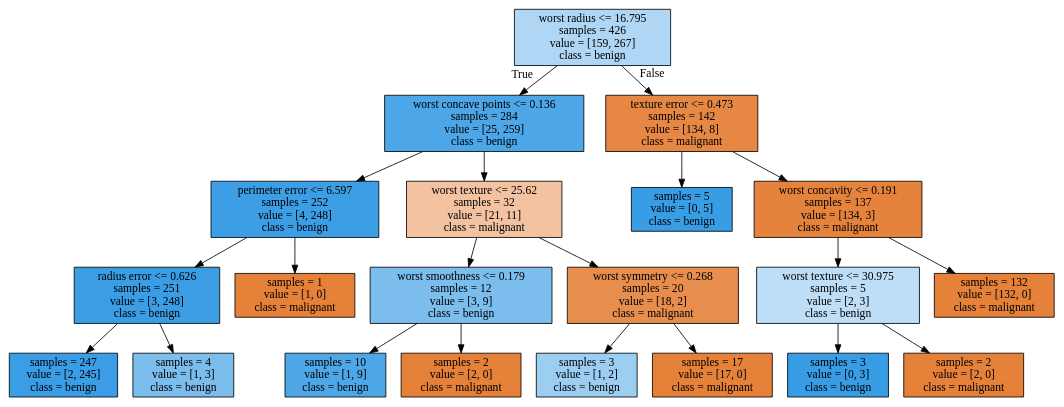
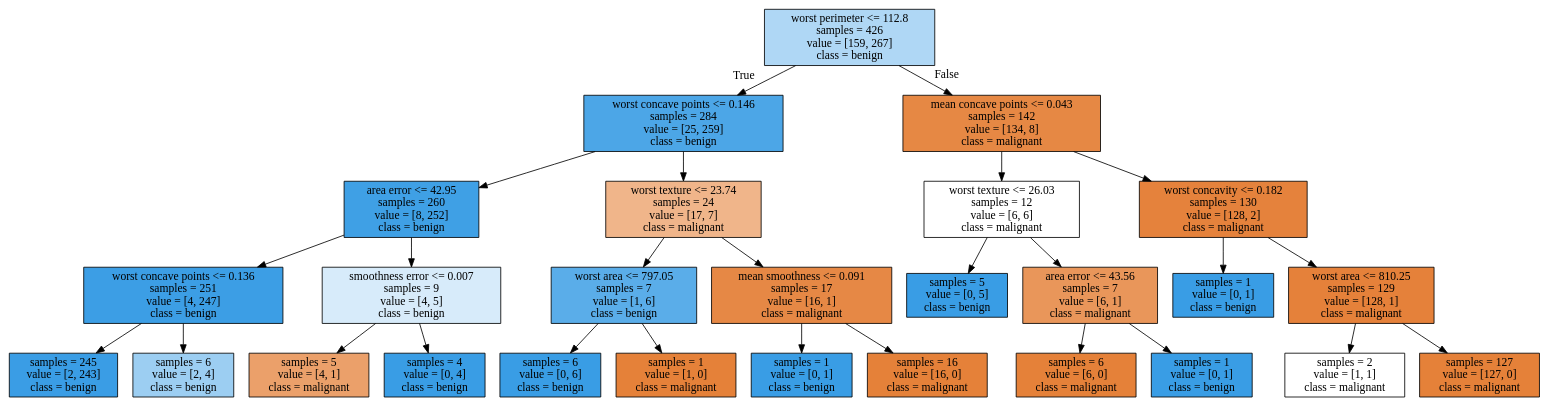
The diagram in Day 12/mytree.dot (sid1908/python-tutorials), drawn with Graphviz before and after one commit. The commit also changed 1 other file, not shown here.

```diff
--- a/Day 12/mytree.dot
+++ b/Day 12/mytree.dot
@@ -1,44 +1,56 @@
 digraph Tree {
 node [shape=box, style="filled", color="black"] ;
-0 [label="worst radius <= 16.795\nsamples = 426\nvalue = [159, 267]\nclass = benign", fillcolor="#399de567"] ;
-1 [label="worst concave points <= 0.136\nsamples = 284\nvalue = [25, 259]\nclass = benign", fillcolor="#399de5e6"] ;
+0 [label="worst perimeter <= 112.8\nsamples = 426\nvalue = [159, 267]\nclass = benign", fillcolor="#399de567"] ;
+1 [label="worst concave points <= 0.146\nsamples = 284\nvalue = [25, 259]\nclass = benign", fillcolor="#399de5e6"] ;
 0 -> 1 [labeldistance=2.5, labelangle=45, headlabel="True"] ;
-2 [label="perimeter error <= 6.597\nsamples = 252\nvalue = [4, 248]\nclass = benign", fillcolor="#399de5fb"] ;
+2 [label="area error <= 42.95\nsamples = 260\nvalue = [8, 252]\nclass = benign", fillcolor="#399de5f7"] ;
 1 -> 2 ;
-3 [label="radius error <= 0.626\nsamples = 251\nvalue = [3, 248]\nclass = benign", fillcolor="#399de5fc"] ;
+3 [label="worst concave points <= 0.136\nsamples = 251\nvalue = [4, 247]\nclass = benign", fillcolor="#399de5fb"] ;
 2 -> 3 ;
-4 [label="samples = 247\nvalue = [2, 245]\nclass = benign", fillcolor="#399de5fd"] ;
+4 [label="samples = 245\nvalue = [2, 243]\nclass = benign", fillcolor="#399de5fd"] ;
 3 -> 4 ;
-5 [label="samples = 4\nvalue = [1, 3]\nclass = benign", fillcolor="#399de5aa"] ;
+5 [label="samples = 6\nvalue = [2, 4]\nclass = benign", fillcolor="#399de57f"] ;
 3 -> 5 ;
-6 [label="samples = 1\nvalue = [1, 0]\nclass = malignant", fillcolor="#e58139ff"] ;
+6 [label="smoothness error <= 0.007\nsamples = 9\nvalue = [4, 5]\nclass = benign", fillcolor="#399de533"] ;
 2 -> 6 ;
-7 [label="worst texture <= 25.62\nsamples = 32\nvalue = [21, 11]\nclass = malignant", fillcolor="#e5813979"] ;
-1 -> 7 ;
-8 [label="worst smoothness <= 0.179\nsamples = 12\nvalue = [3, 9]\nclass = benign", fillcolor="#399de5aa"] ;
-7 -> 8 ;
-9 [label="samples = 10\nvalue = [1, 9]\nclass = benign", fillcolor="#399de5e3"] ;
-8 -> 9 ;
-10 [label="samples = 2\nvalue = [2, 0]\nclass = malignant", fillcolor="#e58139ff"] ;
-8 -> 10 ;
-11 [label="worst symmetry <= 0.268\nsamples = 20\nvalue = [18, 2]\nclass = malignant", fillcolor="#e58139e3"] ;
-7 -> 11 ;
-12 [label="samples = 3\nvalue = [1, 2]\nclass = benign", fillcolor="#399de57f"] ;
-11 -> 12 ;
-13 [label="samples = 17\nvalue = [17, 0]\nclass = malignant", fillcolor="#e58139ff"] ;
-11 -> 13 ;
-14 [label="texture error <= 0.473\nsamples = 142\nvalue = [134, 8]\nclass = malignant", fillcolor="#e58139f0"] ;
-0 -> 14 [labeldistance=2.5, labelangle=-45, headlabel="False"] ;
-15 [label="samples = 5\nvalue = [0, 5]\nclass = benign", fillcolor="#399de5ff"] ;
-14 -> 15 ;
-16 [label="worst concavity <= 0.191\nsamples = 137\nvalue = [134, 3]\nclass = malignant", fillcolor="#e58139f9"] ;
-14 -> 16 ;
-17 [label="worst texture <= 30.975\nsamples = 5\nvalue = [2, 3]\nclass = benign", fillcolor="#399de555"] ;
+7 [label="samples = 5\nvalue = [4, 1]\nclass = malignant", fillcolor="#e58139bf"] ;
+6 -> 7 ;
+8 [label="samples = 4\nvalue = [0, 4]\nclass = benign", fillcolor="#399de5ff"] ;
+6 -> 8 ;
+9 [label="worst texture <= 23.74\nsamples = 24\nvalue = [17, 7]\nclass = malignant", fillcolor="#e5813996"] ;
+1 -> 9 ;
+10 [label="worst area <= 797.05\nsamples = 7\nvalue = [1, 6]\nclass = benign", fillcolor="#399de5d4"] ;
+9 -> 10 ;
+11 [label="samples = 6\nvalue = [0, 6]\nclass = benign", fillcolor="#399de5ff"] ;
+10 -> 11 ;
+12 [label="samples = 1\nvalue = [1, 0]\nclass = malignant", fillcolor="#e58139ff"] ;
+10 -> 12 ;
+13 [label="mean smoothness <= 0.091\nsamples = 17\nvalue = [16, 1]\nclass = malignant", fillcolor="#e58139ef"] ;
+9 -> 13 ;
+14 [label="samples = 1\nvalue = [0, 1]\nclass = benign", fillcolor="#399de5ff"] ;
+13 -> 14 ;
+15 [label="samples = 16\nvalue = [16, 0]\nclass = malignant", fillcolor="#e58139ff"] ;
+13 -> 15 ;
+16 [label="mean concave points <= 0.043\nsamples = 142\nvalue = [134, 8]\nclass = malignant", fillcolor="#e58139f0"] ;
+0 -> 16 [labeldistance=2.5, labelangle=-45, headlabel="False"] ;
+17 [label="worst texture <= 26.03\nsamples = 12\nvalue = [6, 6]\nclass = malignant", fillcolor="#e5813900"] ;
 16 -> 17 ;
-18 [label="samples = 3\nvalue = [0, 3]\nclass = benign", fillcolor="#399de5ff"] ;
+18 [label="samples = 5\nvalue = [0, 5]\nclass = benign", fillcolor="#399de5ff"] ;
 17 -> 18 ;
-19 [label="samples = 2\nvalue = [2, 0]\nclass = malignant", fillcolor="#e58139ff"] ;
+19 [label="area error <= 43.56\nsamples = 7\nvalue = [6, 1]\nclass = malignant", fillcolor="#e58139d4"] ;
 17 -> 19 ;
-20 [label="samples = 132\nvalue = [132, 0]\nclass = malignant", fillcolor="#e58139ff"] ;
-16 -> 20 ;
+20 [label="samples = 6\nvalue = [6, 0]\nclass = malignant", fillcolor="#e58139ff"] ;
+19 -> 20 ;
+21 [label="samples = 1\nvalue = [0, 1]\nclass = benign", fillcolor="#399de5ff"] ;
+19 -> 21 ;
+22 [label="worst concavity <= 0.182\nsamples = 130\nvalue = [128, 2]\nclass = malignant", fillcolor="#e58139fb"] ;
+16 -> 22 ;
+23 [label="samples = 1\nvalue = [0, 1]\nclass = benign", fillcolor="#399de5ff"] ;
+22 -> 23 ;
+24 [label="worst area <= 810.25\nsamples = 129\nvalue = [128, 1]\nclass = malignant", fillcolor="#e58139fd"] ;
+22 -> 24 ;
+25 [label="samples = 2\nvalue = [1, 1]\nclass = malignant", fillcolor="#e5813900"] ;
+24 -> 25 ;
+26 [label="samples = 127\nvalue = [127, 0]\nclass = malignant", fillcolor="#e58139ff"] ;
+24 -> 26 ;
 }
```
